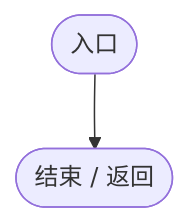
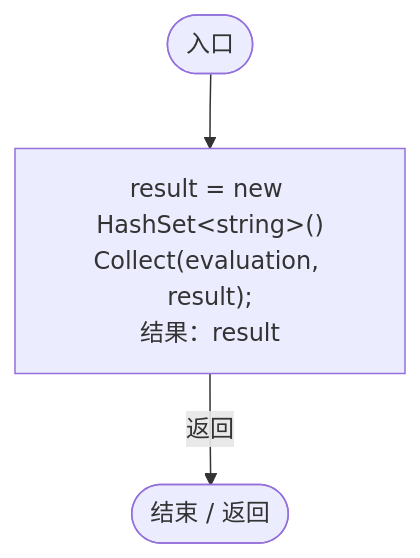
Before and after one commit to xhs6666/Darwin_paradise: the fifth of 6 diagrams in Docs/运行流程图/脚本/58bd7c2d48df02e1.md, drawn with Mermaid. The commit also changed other lines of this file and 167 other files, not shown here.

````diff
--- a/Docs/运行流程图/脚本/58bd7c2d48df02e1.md
+++ b/Docs/运行流程图/脚本/58bd7c2d48df02e1.md
@@ -70,7 +115,9 @@
 ```mermaid
 flowchart TD
   b0(["入口"])
-  b1(["结束 / 返回"])
+  b1["result = new HashSet&lt;string&gt;()<br/>Collect(evaluation, result);<br/>结果：result"]
+  b2(["结束 / 返回"])
   b0 --> b1
+  b1 -->|"返回"| b2
 
 ```
````
